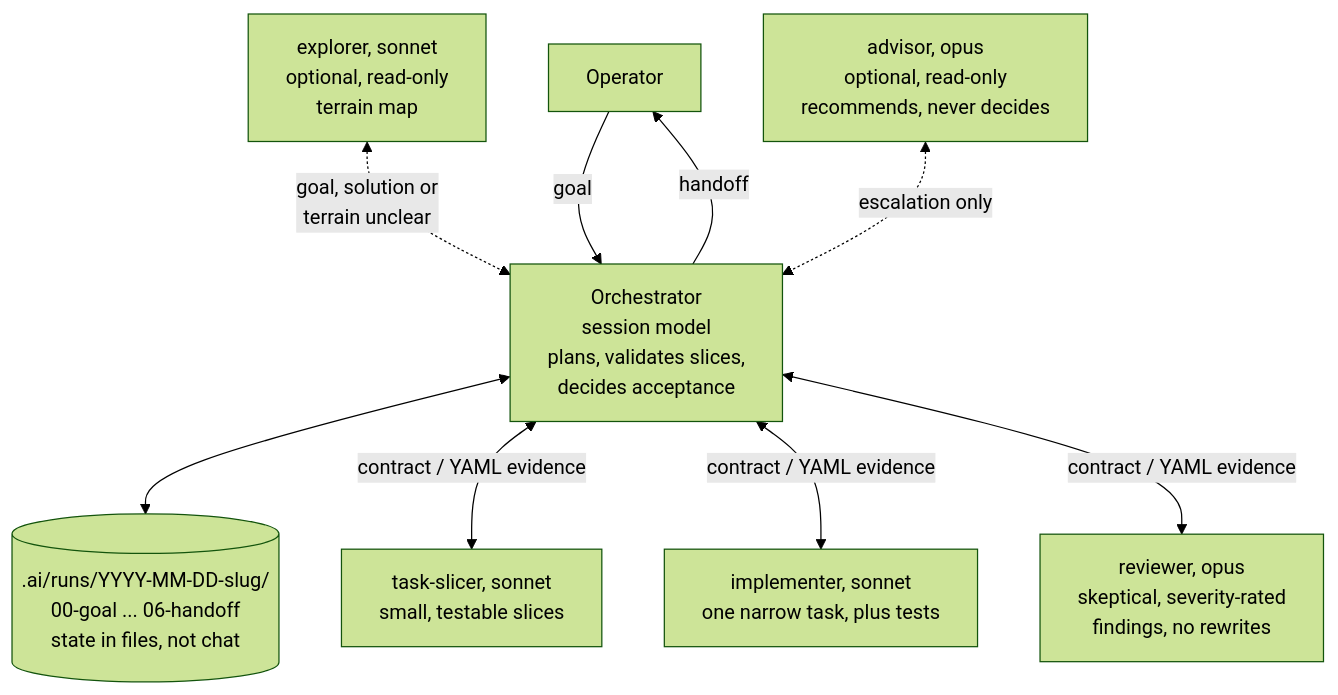
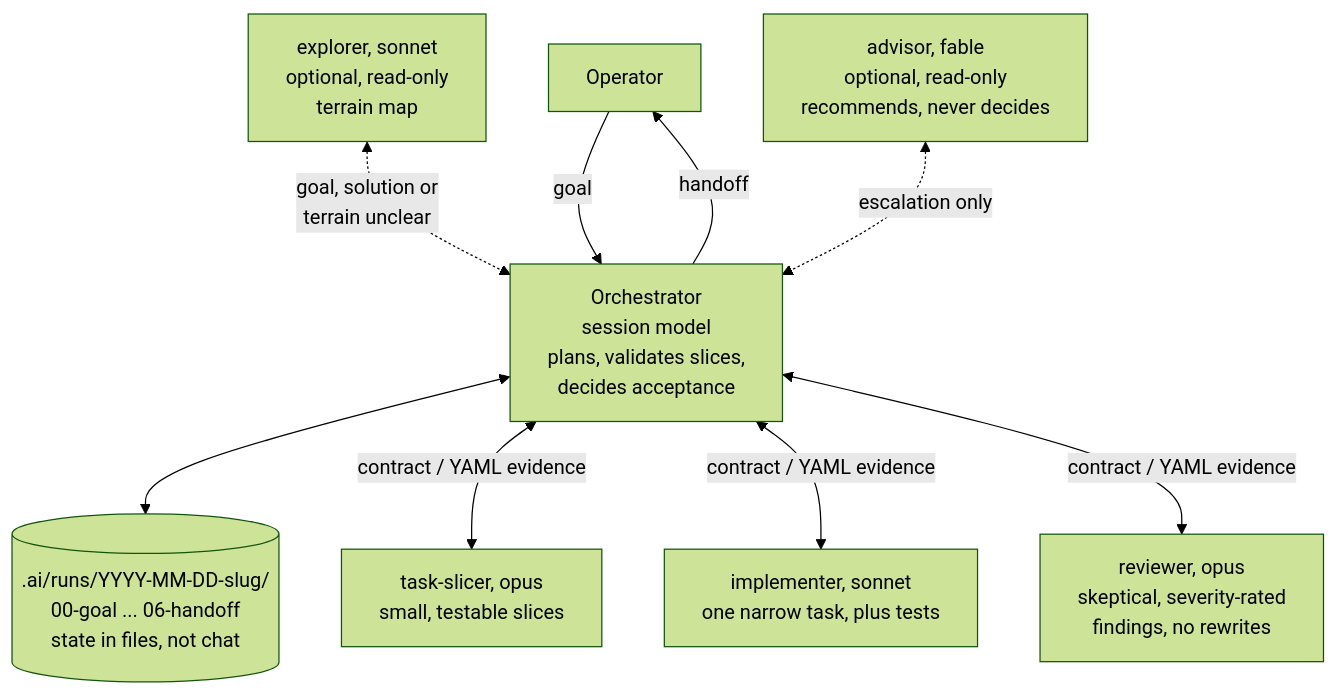
Before and after one commit to LanNguyenSi/agent-dx: the diagram in packages/orchestrator-workflow/docs/architecture.md, drawn with Mermaid (forest theme). The commit also changed 30 other files, not shown here.

````diff
--- a/packages/orchestrator-workflow/docs/architecture.md
+++ b/packages/orchestrator-workflow/docs/architecture.md
@@ -11,20 +11,20 @@
 ```mermaid
 flowchart TD
   OP["Operator"]
   EXP["explorer, sonnet<br/>optional, read-only<br/>terrain map"]
-  ADV["advisor, opus<br/>optional, read-only<br/>recommends, never decides"]
+  ADV["advisor, fable<br/>optional, read-only<br/>recommends, never decides"]
   ORC["Orchestrator<br/>session model<br/>plans, validates slices,<br/>decides acceptance"]
   RUN[(".ai/runs/YYYY-MM-DD-slug/<br/>00-goal ... 06-handoff<br/>state in files, not chat")]
-  TS["task-slicer, sonnet<br/>small, testable slices"]
+  TS["task-slicer, opus<br/>small, testable slices"]
   IMP["implementer, sonnet<br/>one narrow task, plus tests"]
   REV["reviewer, opus<br/>skeptical, severity-rated<br/>findings, no rewrites"]
 
   OP -->|goal| ORC
   ORC -->|handoff| OP
   EXP <-.->|"goal, solution or<br/>terrain unclear"| ORC
   ADV <-.->|"escalation only"| ORC
   ORC <--> RUN
   ORC <-->|"contract / YAML evidence"| TS
   ORC <-->|"contract / YAML evidence"| IMP
   ORC <-->|"contract / YAML evidence"| REV
 ```
````
